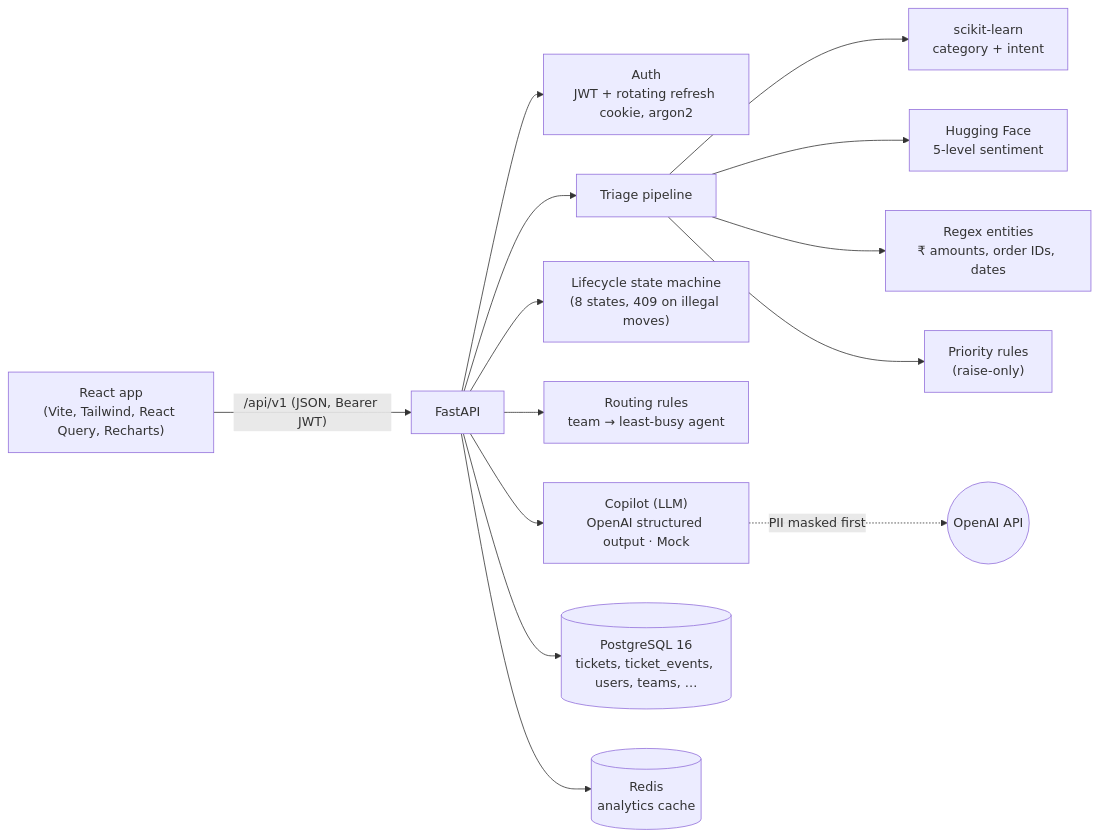
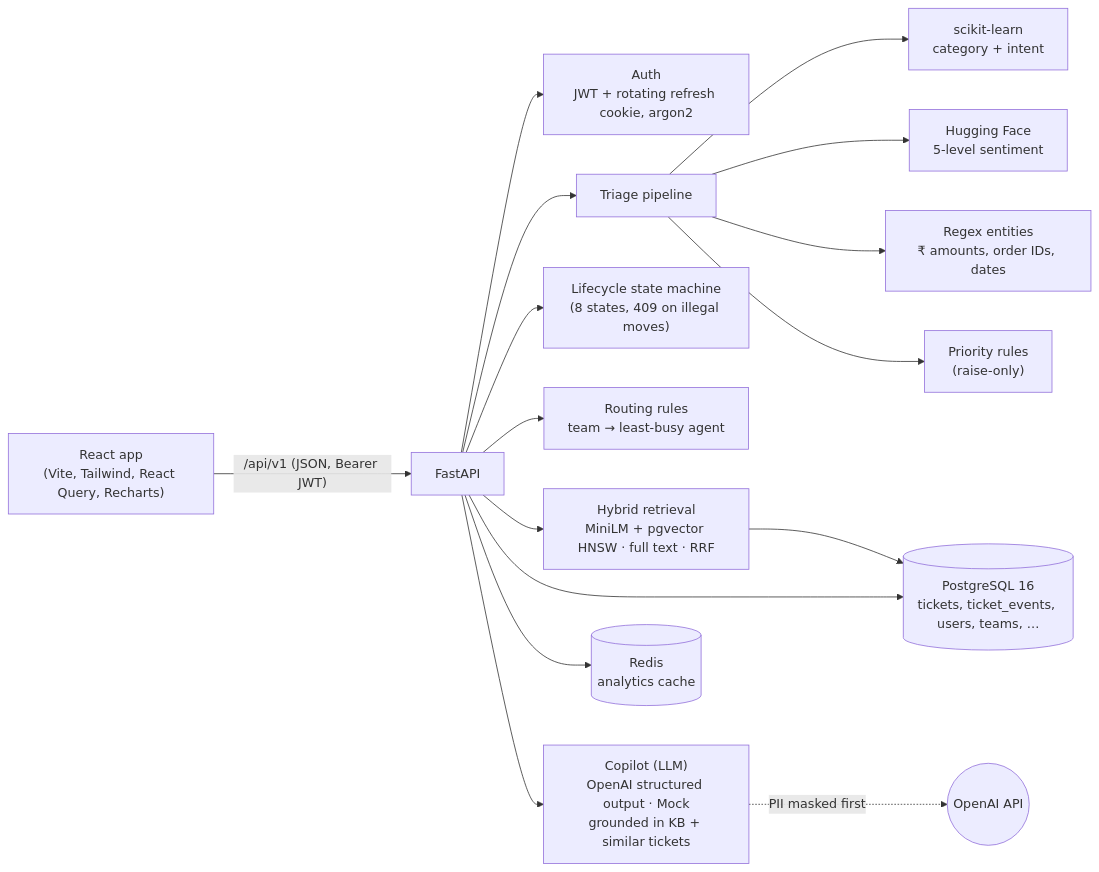
The first of 2 diagrams in docs/ARCHITECTURE.md (trishna0049/complaint-intelligence), drawn with Mermaid before and after one commit. The commit also changed other lines of this file and 54 other files, not shown here.

First line of the commit message:
Step 7: retrieval — MiniLM + pgvector HNSW, hybrid search, similar tickets, knowledge base, RAG copilot

````diff
--- a/docs/ARCHITECTURE.md
+++ b/docs/ARCHITECTURE.md
@@ -7,16 +7,18 @@
 ```mermaid
 flowchart LR
     UI["React app<br/>(Vite, Tailwind, React Query, Recharts)"] -- "/api/v1 (JSON, Bearer JWT)" --> API["FastAPI"]
     API --> AUTH["Auth<br/>JWT + rotating refresh cookie, argon2"]
     API --> T["Triage pipeline"]
     T --> C["scikit-learn<br/>category + intent"]
     T --> S["Hugging Face<br/>5-level sentiment"]
     T --> E["Regex entities<br/>₹ amounts, order IDs, dates"]
     T --> P["Priority rules<br/>(raise-only)"]
     API --> LC["Lifecycle state machine<br/>(8 states, 409 on illegal moves)"]
     API --> RT["Routing rules<br/>team → least-busy agent"]
-    API --> L["Copilot (LLM)<br/>OpenAI structured output · Mock"]
+    API --> RET["Hybrid retrieval<br/>MiniLM + pgvector HNSW · full text · RRF"]
+    RET --> DB
+    API --> L["Copilot (LLM)<br/>OpenAI structured output · Mock<br/>grounded in KB + similar tickets"]
     L -. "PII masked first" .-> OAI(("OpenAI API"))
     API --> DB[("PostgreSQL 16<br/>tickets, ticket_events, users, teams, …")]
     API --> R[("Redis<br/>analytics cache")]
 ```
````
